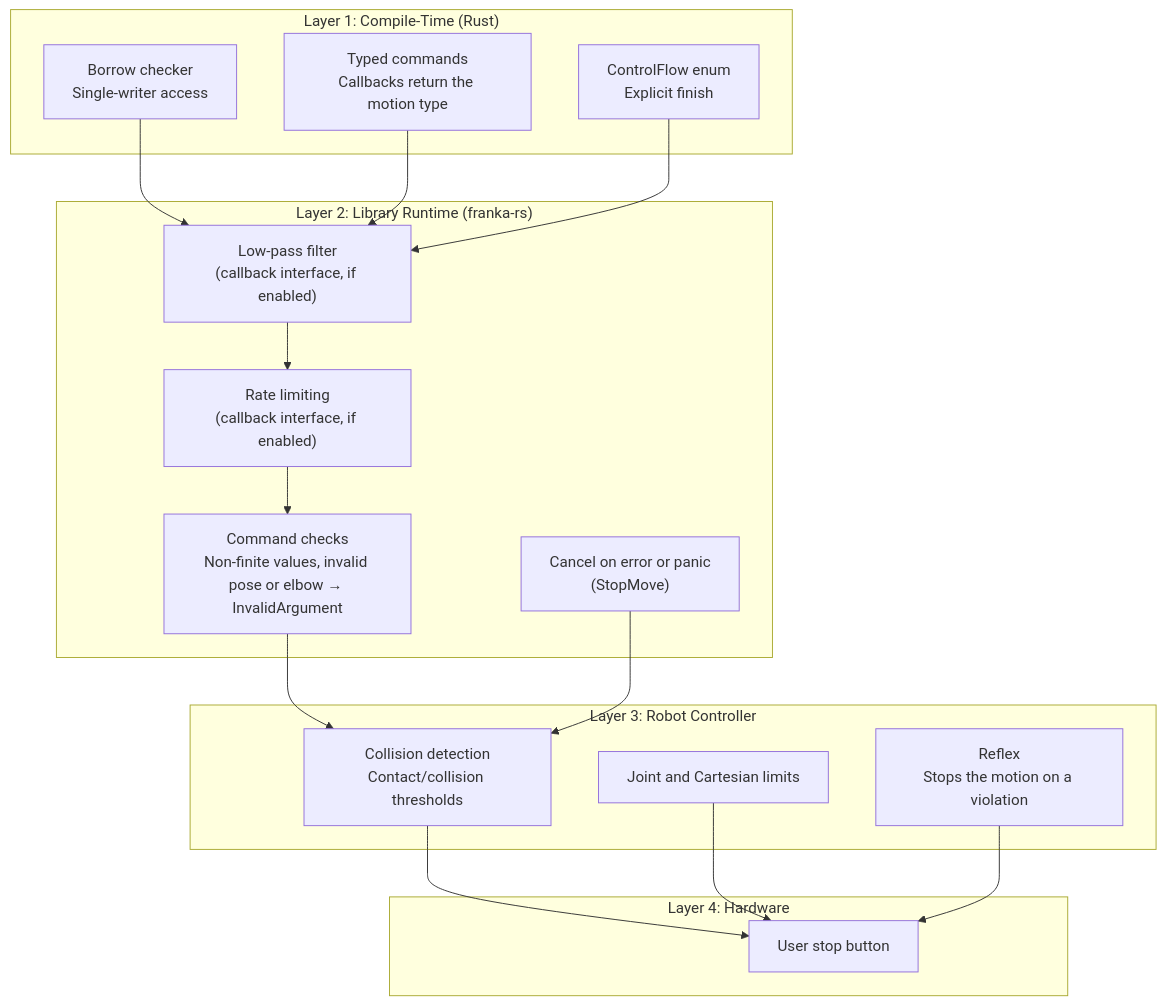
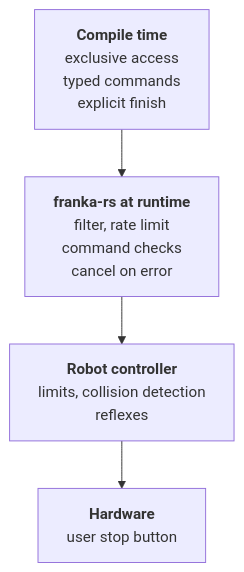
The diagram in docs/src/design/safety.md (ColeTen/franka-rs), drawn with Mermaid before and after one commit. The commit also changed other lines of this file and 28 other files, not shown here.

````diff
--- a/docs/src/design/safety.md
+++ b/docs/src/design/safety.md
@@ -8,36 +5,8 @@
 ```mermaid
-flowchart TD
-    subgraph "Layer 1: Compile-Time (Rust)"
-        BORROW["Borrow checker<br/>Single-writer access"]
-        TYPES["Typed commands<br/>Callbacks return the motion type"]
-        CTRL["ControlFlow enum<br/>Explicit finish"]
-    end
-
-    subgraph "Layer 2: Library Runtime (franka-rs)"
-        FILTER["Low-pass filter<br/>(callback interface, if enabled)"]
-        RATE["Rate limiting<br/>(callback interface, if enabled)"]
-        CHECKS["Command checks<br/>Non-finite values, invalid pose or elbow → InvalidArgument"]
-        CANCEL["Cancel on error or panic<br/>(StopMove)"]
-    end
-
-    subgraph "Layer 3: Robot Controller"
-        COLL["Collision detection<br/>Contact/collision thresholds"]
-        LIMITS["Joint and Cartesian limits"]
-        REFLEX["Reflex<br/>Stops the motion on a violation"]
-    end
-
-    subgraph "Layer 4: Hardware"
-        ESTOP["User stop button"]
-    end
-
-    BORROW --> FILTER
-    TYPES --> FILTER
-    CTRL --> FILTER
-    FILTER --> RATE
-    RATE --> CHECKS
-    CHECKS --> COLL
-    CANCEL --> COLL
-    COLL --> ESTOP
-    LIMITS --> ESTOP
-    REFLEX --> ESTOP
+flowchart TB
+    A["<b>Compile time</b><br/>exclusive access<br/>typed commands<br/>explicit finish"]
+    B["<b>franka-rs at runtime</b><br/>filter, rate limit<br/>command checks<br/>cancel on error"]
+    C["<b>Robot controller</b><br/>limits, collision detection<br/>reflexes"]
+    D["<b>Hardware</b><br/>user stop button"]
+    A --> B --> C --> D
 ```
````
